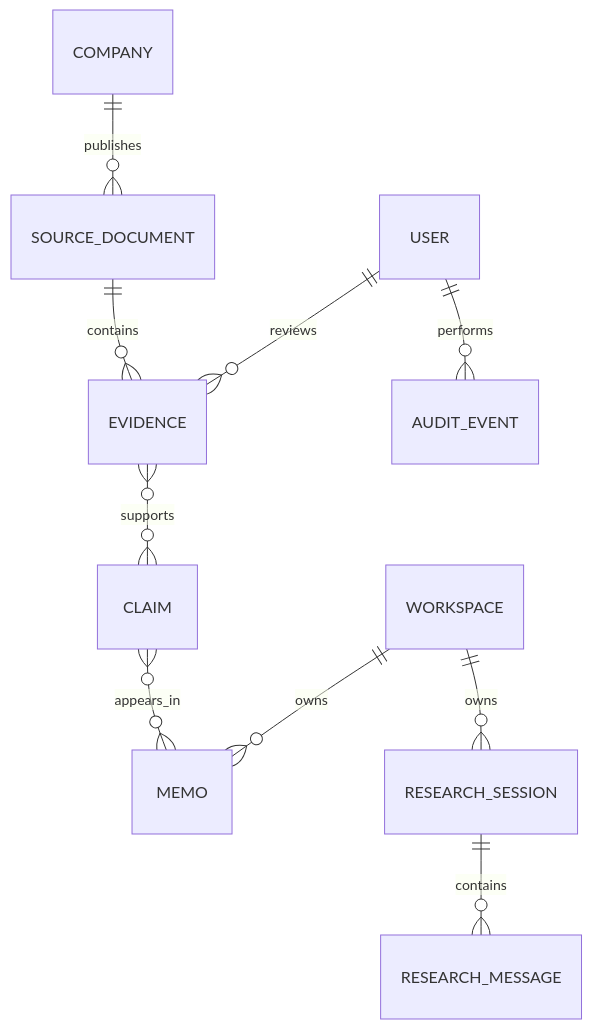
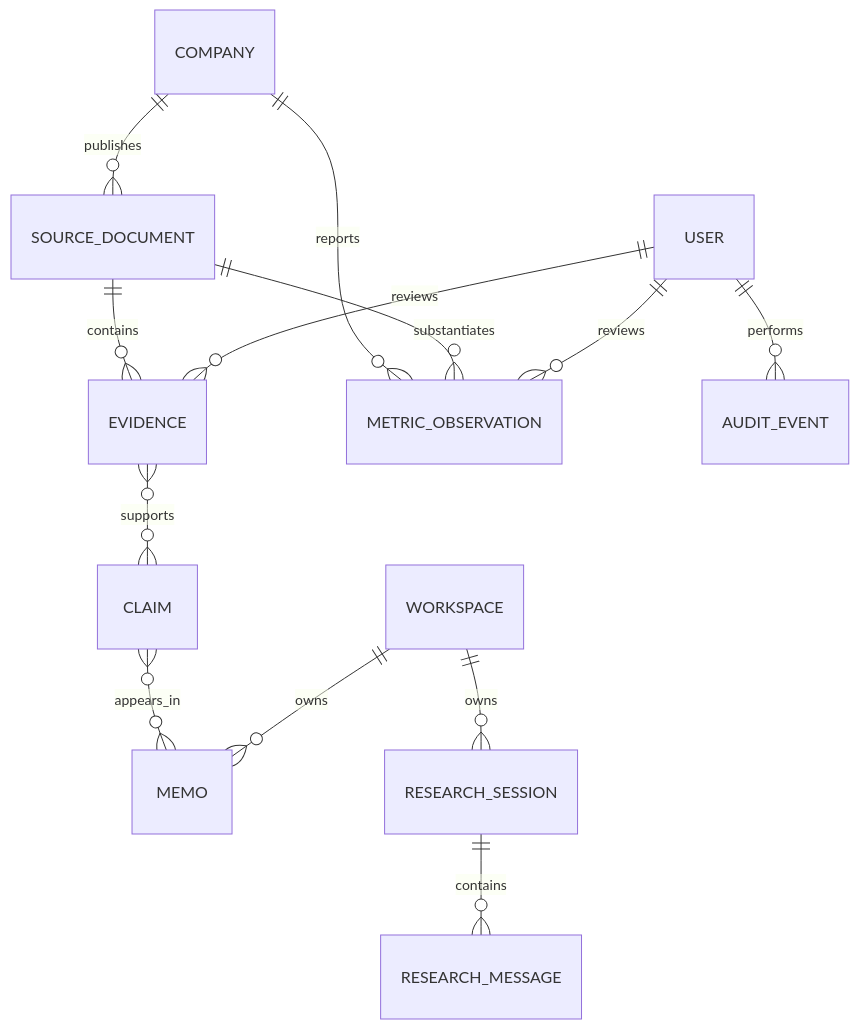
The second of 2 diagrams in README.md (timwong101/ai-infra-terminal), drawn with Mermaid before and after one commit. The commit also changed other lines of this file and 20 other files, not shown here.

````diff
--- a/README.md
+++ b/README.md
@@ -100,12 +104,15 @@
 ```mermaid
 erDiagram
     COMPANY ||--o{ SOURCE_DOCUMENT : publishes
     SOURCE_DOCUMENT ||--o{ EVIDENCE : contains
+    COMPANY ||--o{ METRIC_OBSERVATION : reports
+    SOURCE_DOCUMENT ||--o{ METRIC_OBSERVATION : substantiates
+    USER ||--o{ METRIC_OBSERVATION : reviews
     EVIDENCE }o--o{ CLAIM : supports
     CLAIM }o--o{ MEMO : appears_in
     WORKSPACE ||--o{ MEMO : owns
     USER ||--o{ EVIDENCE : reviews
     USER ||--o{ AUDIT_EVENT : performs
     WORKSPACE ||--o{ RESEARCH_SESSION : owns
     RESEARCH_SESSION ||--o{ RESEARCH_MESSAGE : contains
 ```
````
